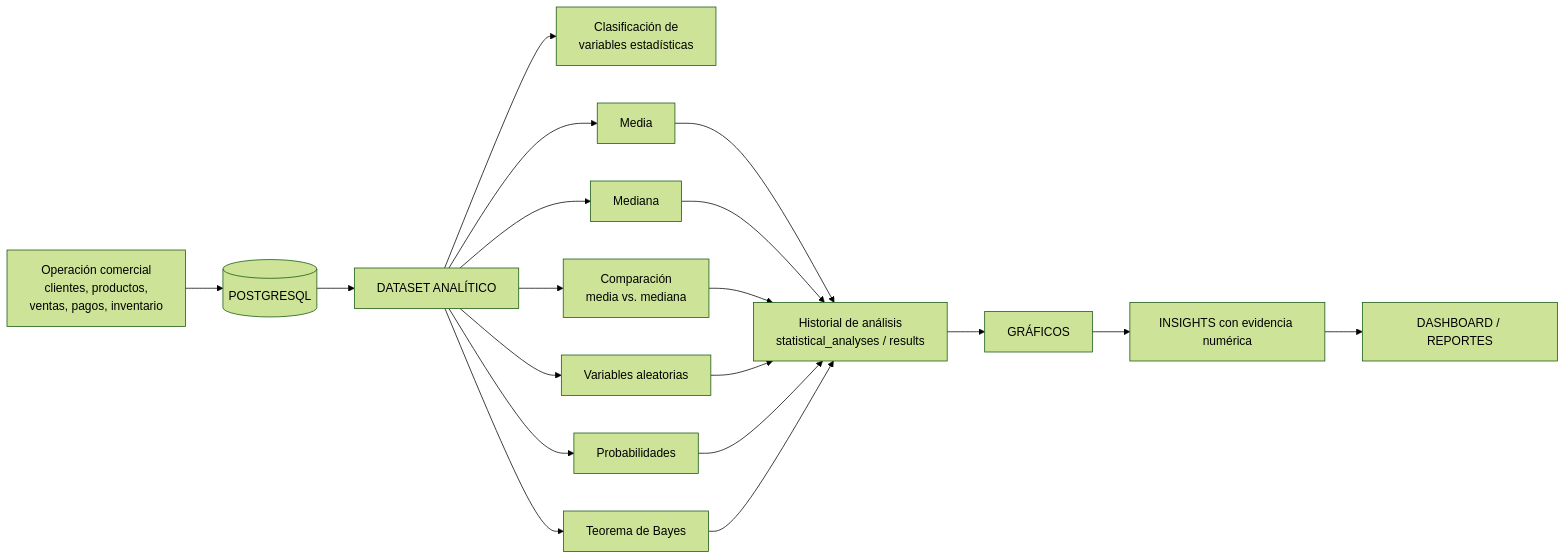
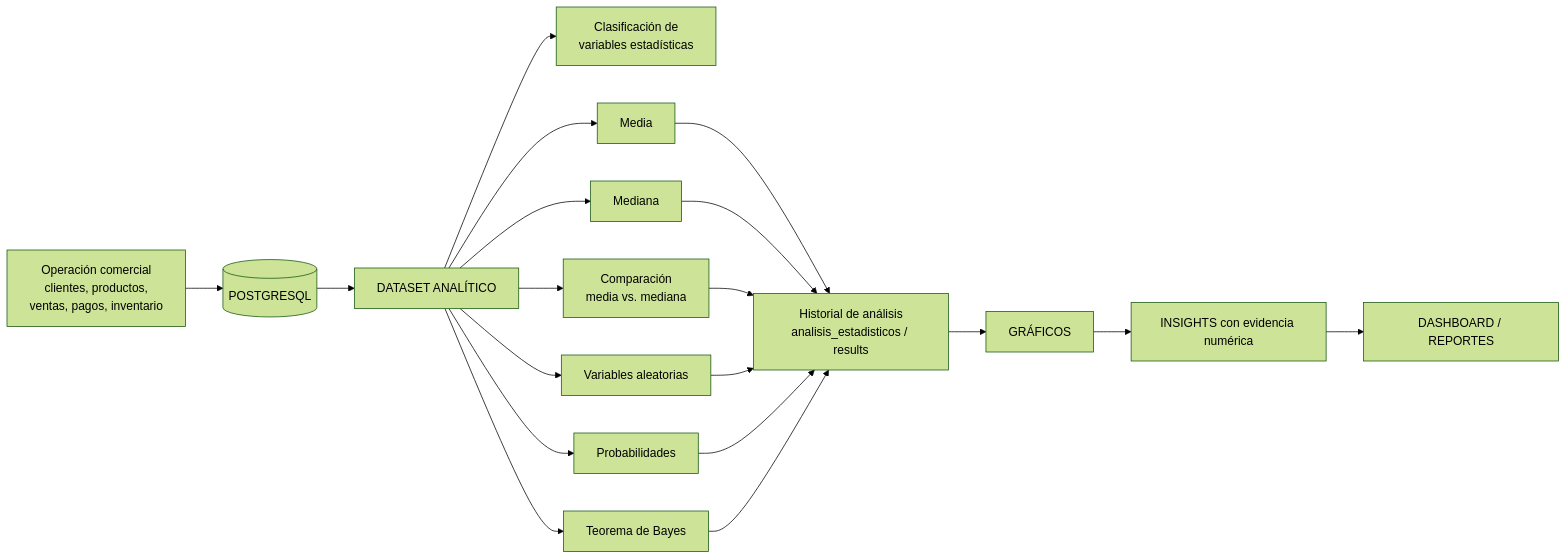
The fifth of 5 diagrams in docs/01_requisitos.md (Grupo-04-Senati/SALESIA-ENTERPRISE), drawn with Mermaid (forest theme) before and after one commit. The commit also changed other lines of this file and 84 other files, not shown here.

````diff
--- a/docs/01_requisitos.md
+++ b/docs/01_requisitos.md
@@ -261,21 +261,21 @@
 ```mermaid
 flowchart LR
     V[Operación comercial<br/>clientes, productos,<br/>ventas, pagos, inventario] --> D[(POSTGRESQL)]
     D --> DS[DATASET ANALÍTICO]
     DS --> V1[Clasificación de<br/>variables estadísticas]
     DS --> M1[Media]
     DS --> M2[Mediana]
     DS --> M3[Comparación<br/>media vs. mediana]
     DS --> VA[Variables aleatorias]
     DS --> PR[Probabilidades]
     DS --> BY[Teorema de Bayes]
-    M1 --> H[Historial de análisis<br/>statistical_analyses / results]
+    M1 --> H[Historial de análisis<br/>analisis_estadisticos / results]
     M2 --> H
     M3 --> H
     VA --> H
     PR --> H
     BY --> H
     H --> G[GRÁFICOS]
     G --> I[INSIGHTS con evidencia numérica]
     I --> K[DASHBOARD / REPORTES]
 ```
````
